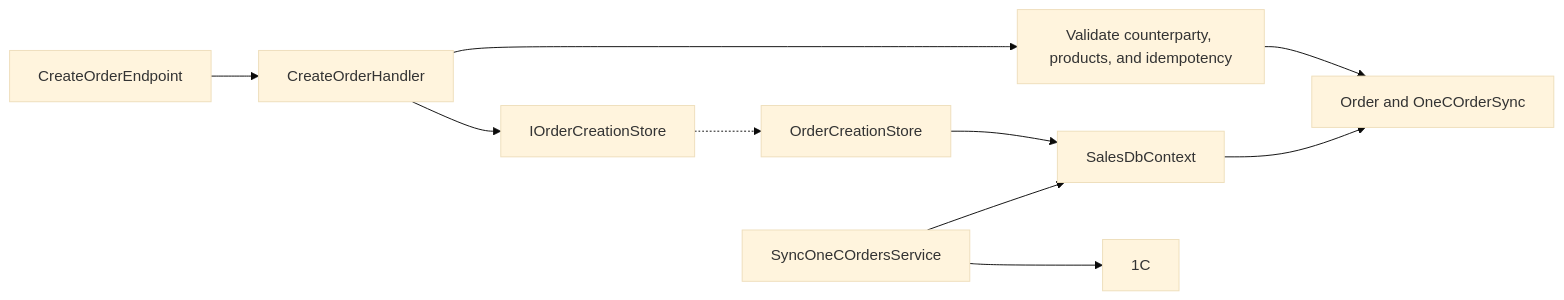
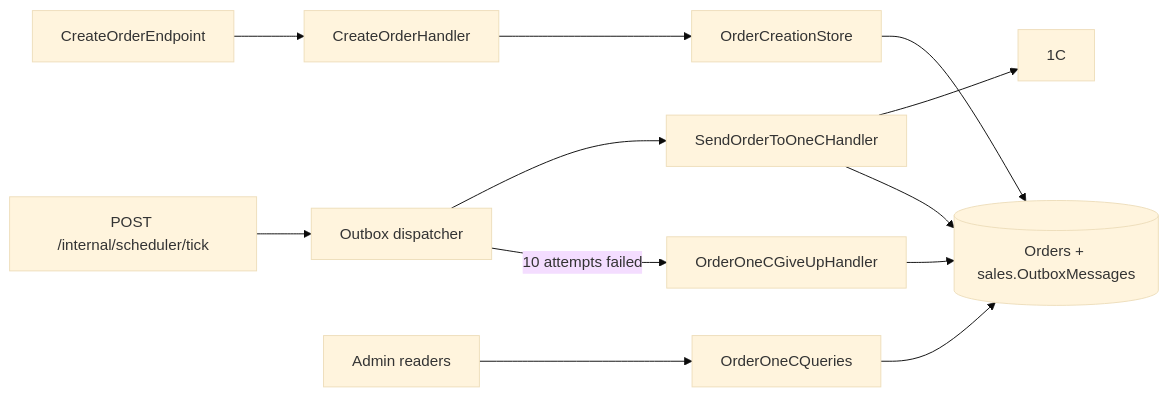
One commit to Weretik/KedrStore changed the diagram in docs/sdd/features/sales/admin-orders.md. Above: the diagram before and after it, drawn with Mermaid (base theme). The commit also changed other lines of this file and 132 other files, not shown here.

First line of the commit message:
Send manager orders and customer deletions through the shared outbox

````diff
--- a/docs/sdd/features/sales/admin-orders.md
+++ b/docs/sdd/features/sales/admin-orders.md
@@ -37,12 +41,14 @@
 ```mermaid
 flowchart LR
     A["CreateOrderEndpoint"] --> B["CreateOrderHandler"]
-    B --> C["Validate counterparty, products, and idempotency"]
-    C --> D["Order and OneCOrderSync"]
-    B --> E["IOrderCreationStore"]
-    E -.-> F["OrderCreationStore"]
-    F --> G["SalesDbContext"]
-    G --> D
-    H["SyncOneCOrdersService"] --> G
+    B --> F["OrderCreationStore"]
+    F --> G[("Orders + sales.OutboxMessages")]
+    T["POST /internal/scheduler/tick"] --> O["Outbox dispatcher"]
+    O --> H["SendOrderToOneCHandler"]
     H --> I["1C"]
+    H --> G
+    O -->|"10 attempts failed"| X["OrderOneCGiveUpHandler"]
+    X --> G
+    R["Admin readers"] --> Q["OrderOneCQueries"]
+    Q --> G
 ```
````
